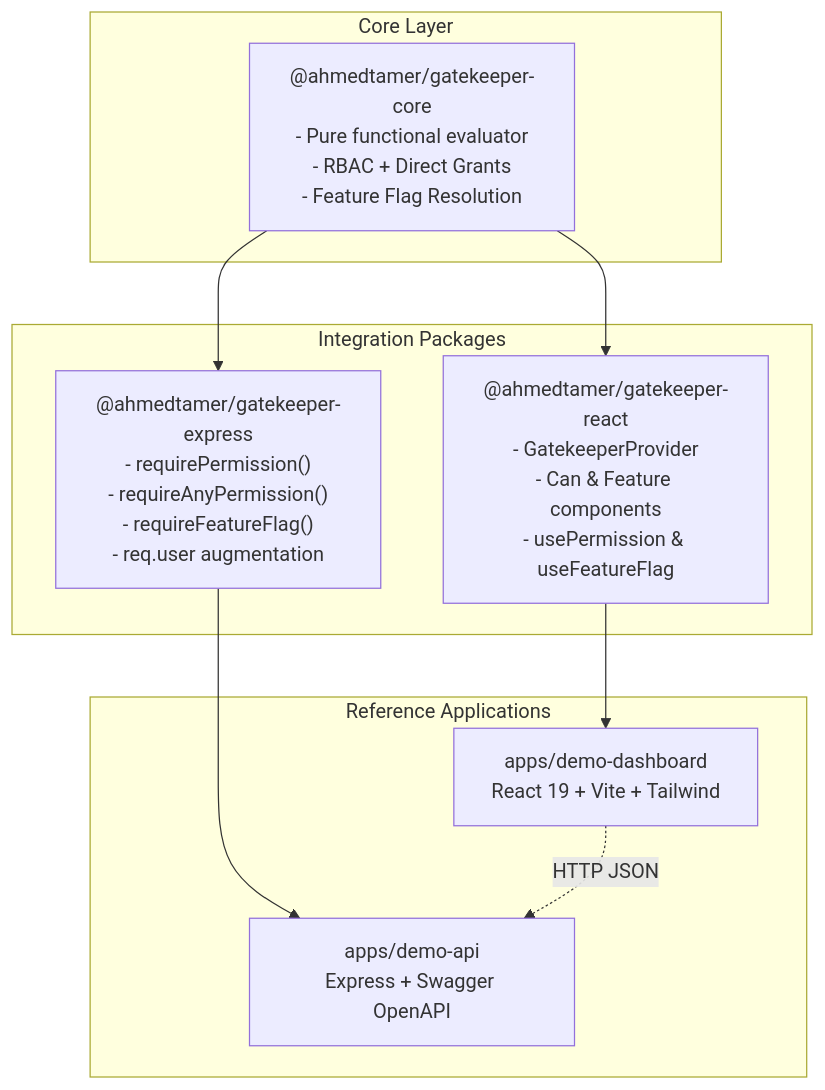
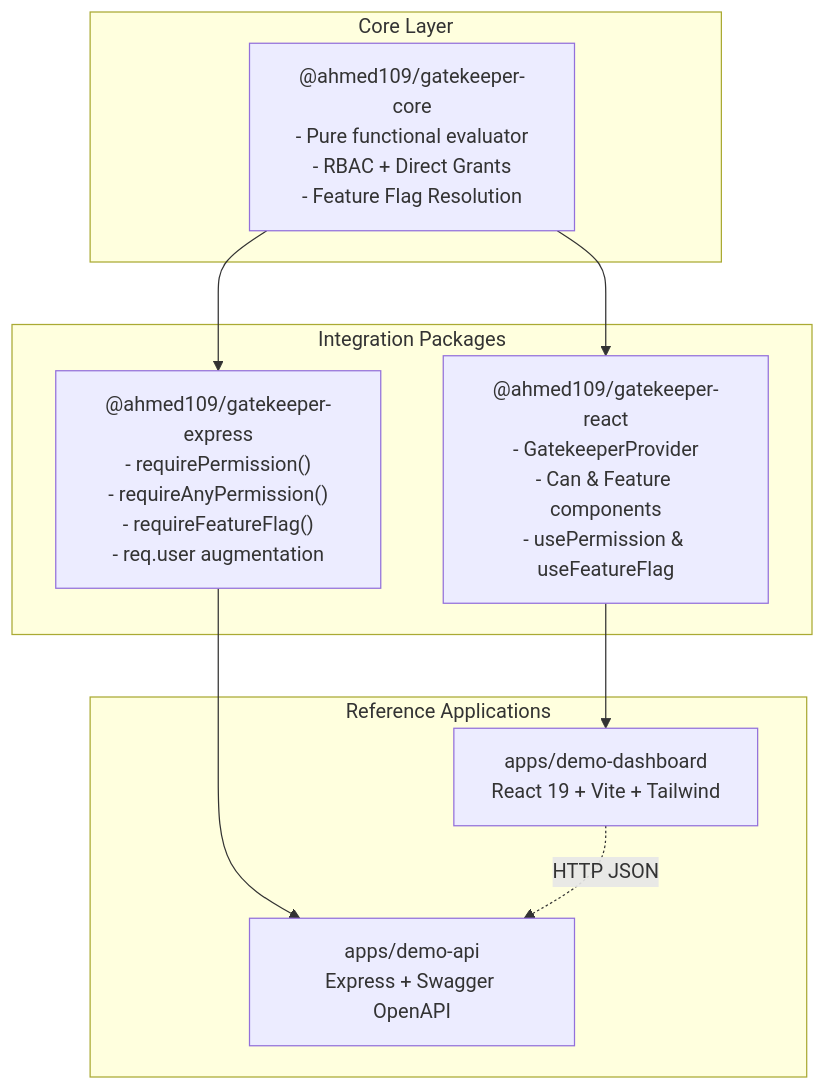
One commit to Ahmed1092002/npm-packages changed the first of 2 diagrams in gatekeeper/docs/architecture.md. Above: the diagram before and after it, drawn with Mermaid. The commit also changed other lines of this file and 34 other files, not shown here.

First line of the commit message:
refactor: rename package scope from @ahmedtamer to @ahmed109 across all modules

````diff
--- a/gatekeeper/docs/architecture.md
+++ b/gatekeeper/docs/architecture.md
@@ -7,22 +7,22 @@
 ```mermaid
 graph TD
     subgraph Core Layer
-        Core["@ahmedtamer/gatekeeper-core<br/>- Pure functional evaluator<br/>- RBAC + Direct Grants<br/>- Feature Flag Resolution"]
+        Core["@ahmed109/gatekeeper-core<br/>- Pure functional evaluator<br/>- RBAC + Direct Grants<br/>- Feature Flag Resolution"]
     end
 
     subgraph Integration Packages
-        ReactPkg["@ahmedtamer/gatekeeper-react<br/>- GatekeeperProvider<br/>- Can & Feature components<br/>- usePermission & useFeatureFlag"]
-        ExpressPkg["@ahmedtamer/gatekeeper-express<br/>- requirePermission()<br/>- requireAnyPermission()<br/>- requireFeatureFlag()<br/>- req.user augmentation"]
+        ReactPkg["@ahmed109/gatekeeper-react<br/>- GatekeeperProvider<br/>- Can & Feature components<br/>- usePermission & useFeatureFlag"]
+        ExpressPkg["@ahmed109/gatekeeper-express<br/>- requirePermission()<br/>- requireAnyPermission()<br/>- requireFeatureFlag()<br/>- req.user augmentation"]
     end
 
     subgraph Reference Applications
         DemoDashboard["apps/demo-dashboard<br/>React 19 + Vite + Tailwind"]
         DemoApi["apps/demo-api<br/>Express + Swagger OpenAPI"]
     end
 
     Core --> ReactPkg
     Core --> ExpressPkg
     ReactPkg --> DemoDashboard
     ExpressPkg --> DemoApi
     DemoDashboard -. "HTTP JSON" .-> DemoApi
 ```
````
